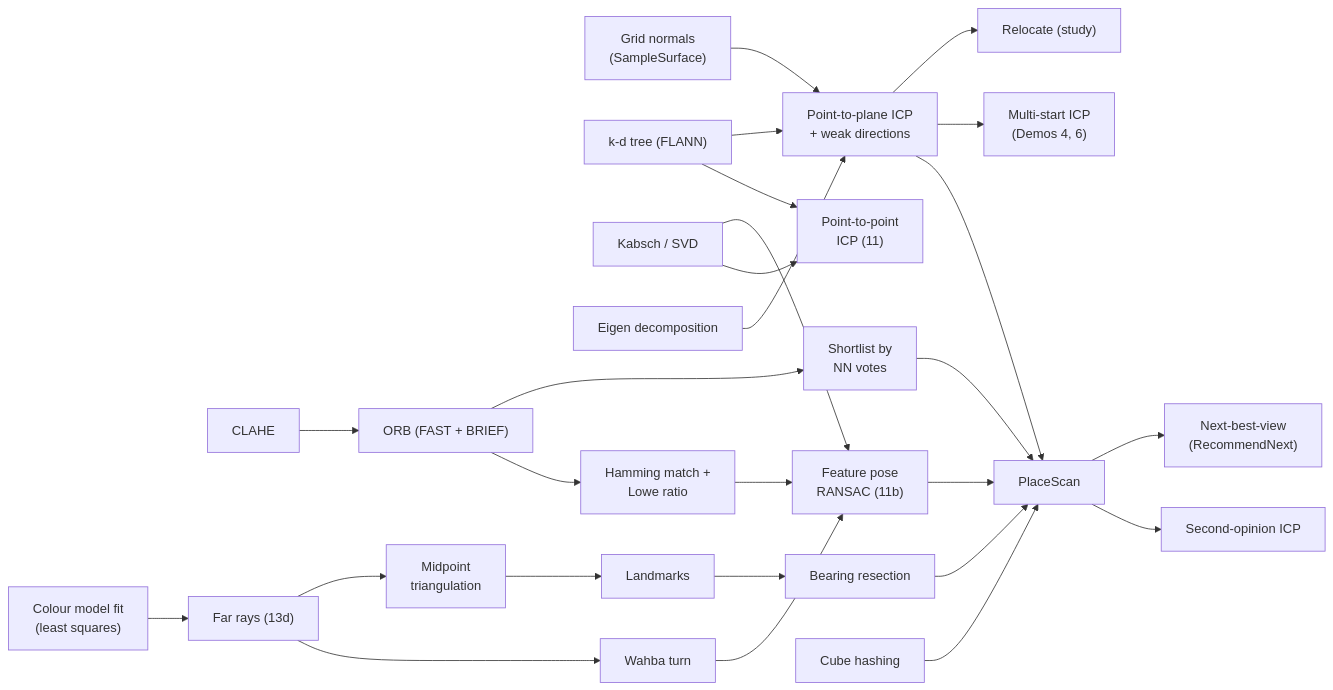
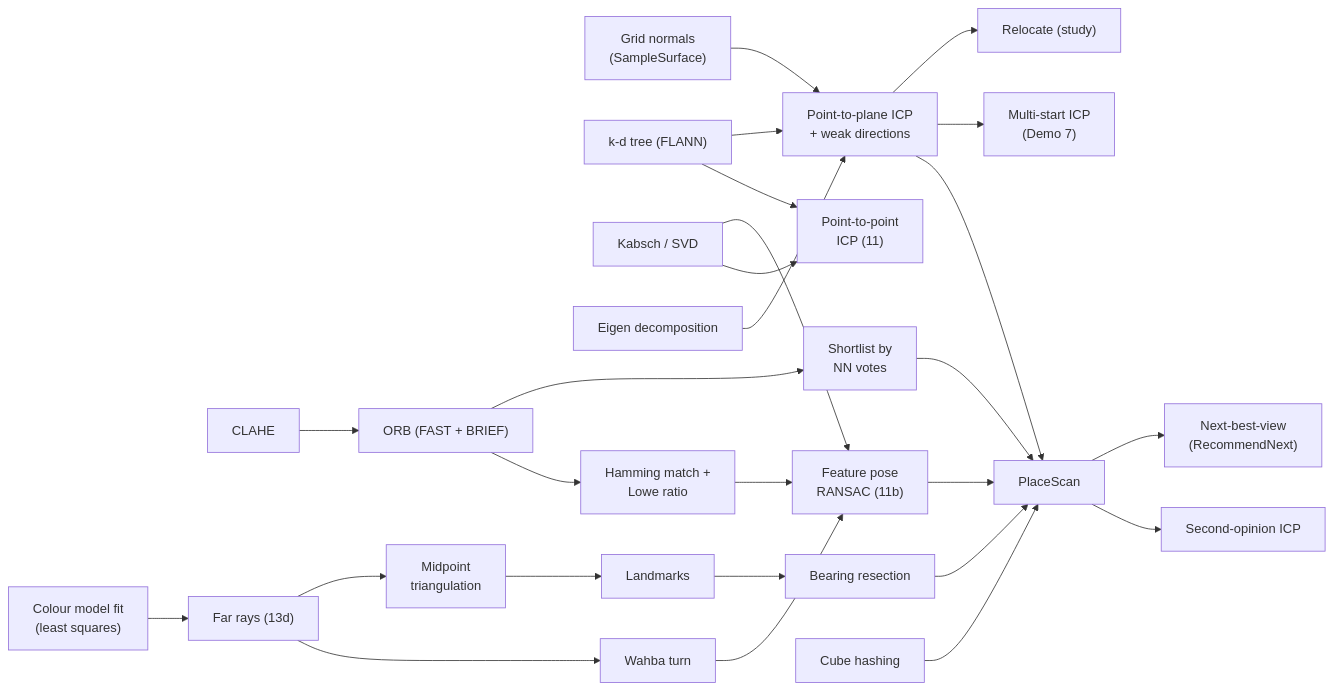
Before and after one commit to Kramav/Spotter: the fourth of 6 diagrams in docs/algorithms.md, drawn with Mermaid. The commit also changed other lines of this file and 30 other files, not shown here.

````diff
--- a/docs/algorithms.md
+++ b/docs/algorithms.md
@@ -153,27 +153,27 @@
 ```mermaid
 flowchart LR
     norm["Grid normals<br/>(SampleSurface)"] --> p2l["Point-to-plane ICP<br/>+ weak directions"]
     kd["k-d tree (FLANN)"] --> p2p["Point-to-point<br/>ICP (11)"]
     kab["Kabsch / SVD"] --> p2p
     kd --> p2l
     eig["Eigen decomposition"] --> p2l
     clahe["CLAHE"] --> orb["ORB (FAST + BRIEF)"]
     orb --> ratio["Hamming match +<br/>Lowe ratio"]
     ratio --> fpose["Feature pose<br/>RANSAC (11b)"]
     kab --> fpose
     cm["Colour model fit<br/>(least squares)"] --> rays["Far rays (13d)"]
     rays --> wahba["Wahba turn"]
     wahba --> fpose
     rays --> tri["Midpoint<br/>triangulation"] --> lmk["Landmarks"]
     lmk --> bear["Bearing resection"]
     orb --> short["Shortlist by<br/>NN votes"]
     short --> place["PlaceScan"]
     fpose --> place
     bear --> place
     p2l --> place
     hash["Cube hashing"] --> place
     place --> second["Second-opinion ICP"]
-    p2l --> locate["Multi-start ICP<br/>(Demos 4, 6)"]
+    p2l --> locate["Multi-start ICP<br/>(Demo 7)"]
     p2l --> relo["Relocate (study)"]
     place --> nbv["Next-best-view<br/>(RecommendNext)"]
 ```
````
